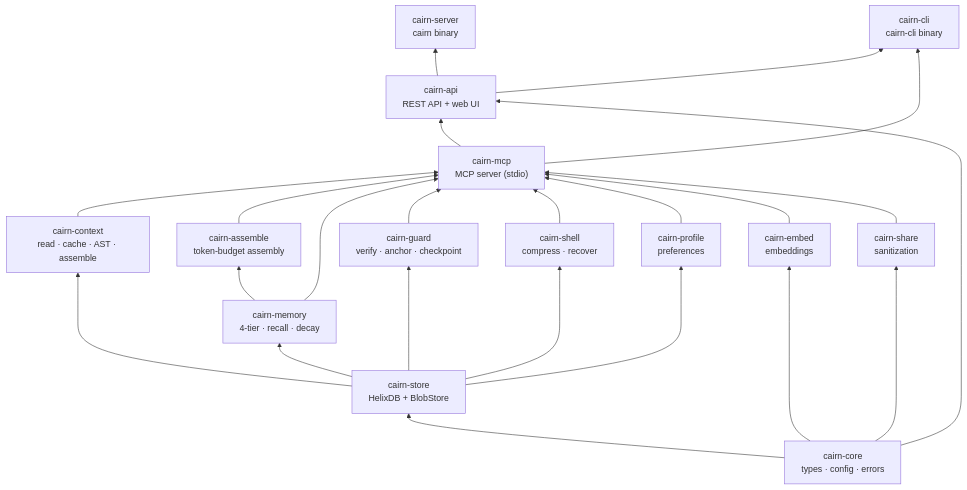
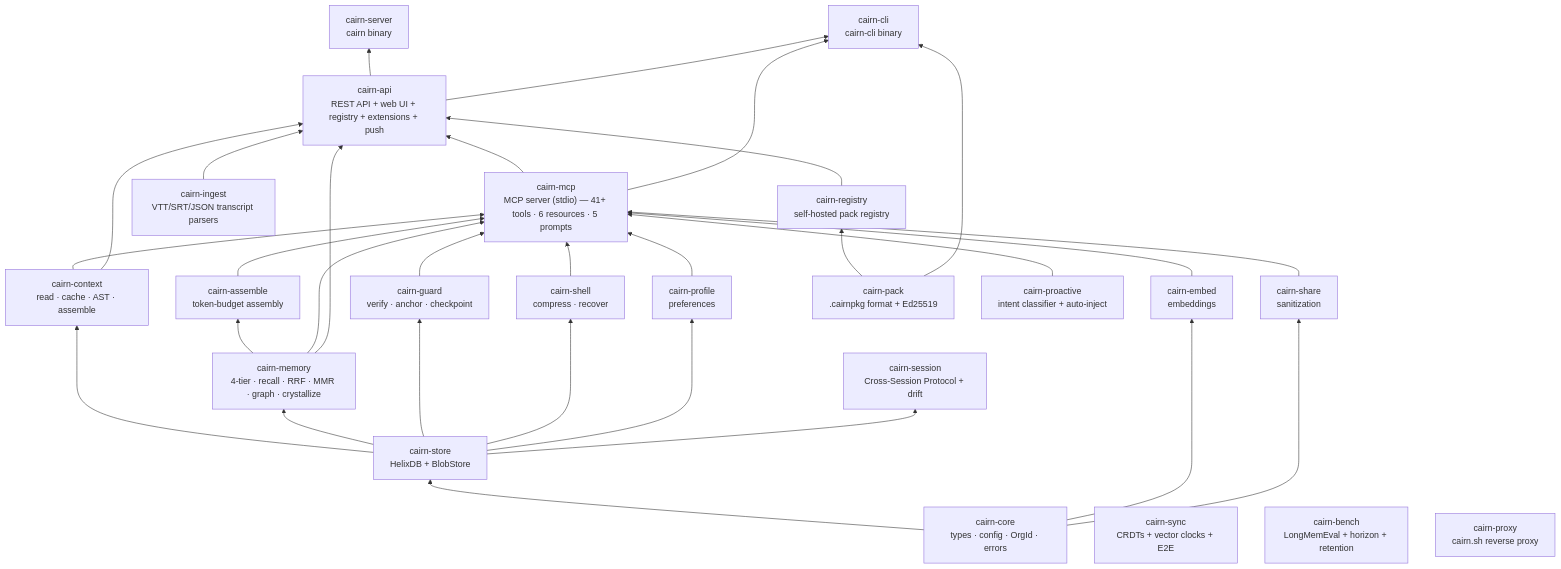
One commit to Vellixia/cairn changed the second of 2 diagrams in docs/ARCHITECTURE.md. Above: the diagram before and after it, drawn with Mermaid. The commit also changed other lines of this file and 9 other files, not shown here.

````diff
--- a/docs/ARCHITECTURE.md
+++ b/docs/ARCHITECTURE.md
@@ -42,40 +42,55 @@
 ```mermaid
 graph BT
-    core["cairn-core<br/>types · config · errors"]
+    core["cairn-core<br/>types · config · OrgId · errors"]
     store["cairn-store<br/>HelixDB + BlobStore"]
     context["cairn-context<br/>read · cache · AST · assemble"]
-    memory["cairn-memory<br/>4-tier · recall · decay"]
+    memory["cairn-memory<br/>4-tier · recall · RRF · MMR · graph · crystallize"]
     guard["cairn-guard<br/>verify · anchor · checkpoint"]
     shell["cairn-shell<br/>compress · recover"]
     profile["cairn-profile<br/>preferences"]
     assemble["cairn-assemble<br/>token-budget assembly"]
     share["cairn-share<br/>sanitization"]
     embed["cairn-embed<br/>embeddings"]
-    mcp["cairn-mcp<br/>MCP server (stdio)"]
-    api["cairn-api<br/>REST API + web UI"]
+    session["cairn-session<br/>Cross-Session Protocol + drift"]
+    pack["cairn-pack<br/>.cairnpkg format + Ed25519"]
+    registry["cairn-registry<br/>self-hosted pack registry"]
+    sync["cairn-sync<br/>CRDTs + vector clocks + E2E"]
+    bench["cairn-bench<br/>LongMemEval + horizon + retention"]
+    proactive["cairn-proactive<br/>intent classifier + auto-inject"]
+    proxy["cairn-proxy<br/>cairn.sh reverse proxy"]
+    ingest["cairn-ingest<br/>VTT/SRT/JSON transcript parsers"]
+    mcp["cairn-mcp<br/>MCP server (stdio) — 41+ tools · 6 resources · 5 prompts"]
+    api["cairn-api<br/>REST API + web UI + registry + extensions + push"]
     server["cairn-server<br/>cairn binary"]
     cli["cairn-cli<br/>cairn-cli binary"]
 
     core --> store
     core --> embed
     core --> share
     store --> context
     store --> memory
     store --> guard
     store --> shell
     store --> profile
+    store --> session
     memory --> assemble
     context --> mcp
     memory --> mcp
     guard --> mcp
     shell --> mcp
     profile --> mcp
     share --> mcp
     embed --> mcp
     assemble --> mcp
+    proactive --> mcp
+    context --> api
+    memory --> api
     mcp --> api
-    core --> api
+    pack --> registry
+    registry --> api
+    ingest --> api
+    pack --> cli
     api --> server
     mcp --> cli
     api --> cli
 ```
````
